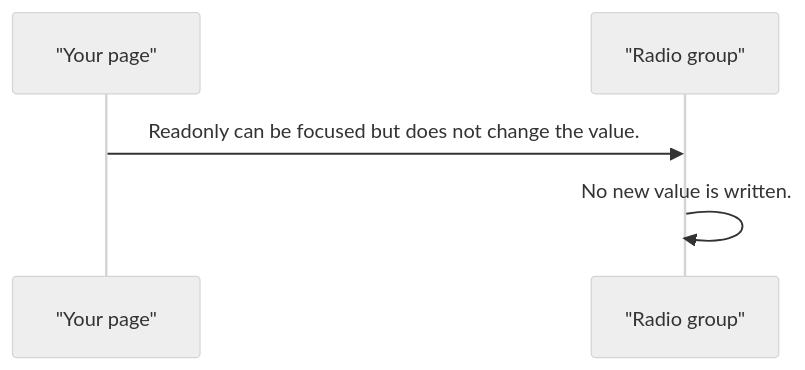
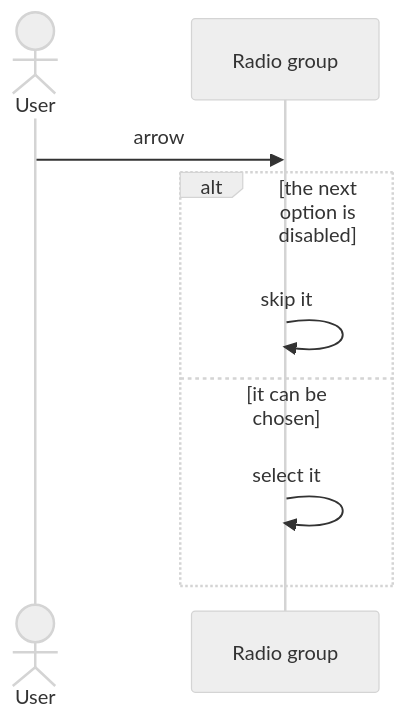
The third of 4 diagrams in projects/pixel-ui/src/lib/pixel-radio/DESIGN.md (RajshekharBorate/pixel-ui), drawn with Mermaid (neutral theme) before and after one commit. The commit also changed other lines of this file and 73 other files, not shown here.

Commit message:
Explain who owns each value and what each flow does in every component and service design.

````diff
--- a/projects/pixel-ui/src/lib/pixel-radio/DESIGN.md
+++ b/projects/pixel-ui/src/lib/pixel-radio/DESIGN.md
@@ -77,7 +82,11 @@
 ```mermaid
 sequenceDiagram
-  participant page as "Your page"
-  participant group as "Radio group"
-  page->>group: Readonly can be focused but does not change the value.
-  group->>group: No new value is written.
+  actor User
+  participant Group as Radio group
+  User->>Group: arrow
+  alt the next option is disabled
+    Group->>Group: skip it
+  else it can be chosen
+    Group->>Group: select it
+  end
 ```
````
